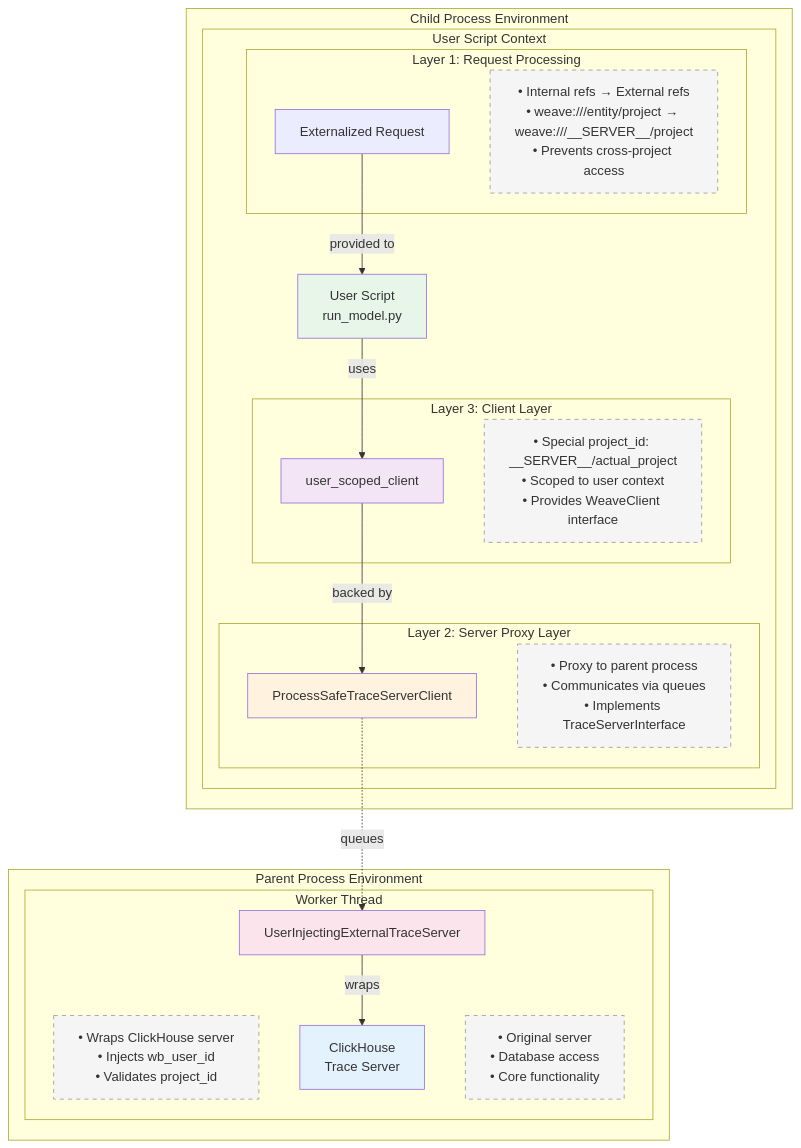
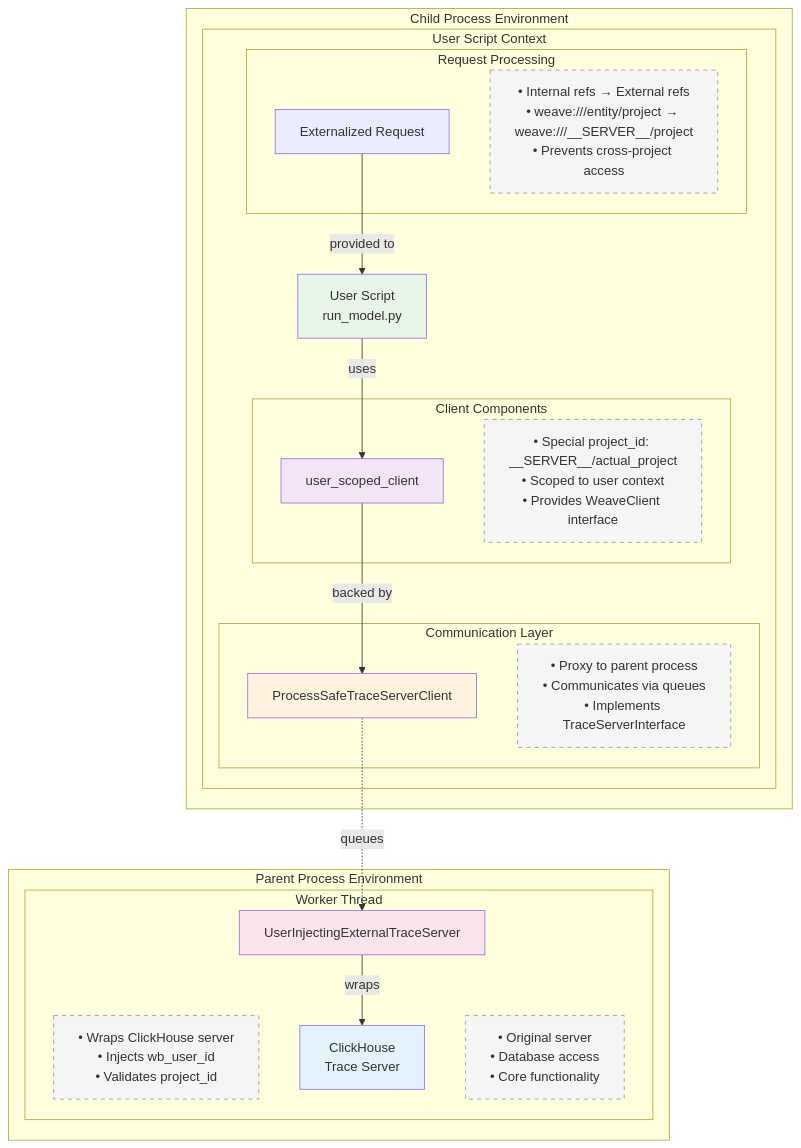
Before and after one commit to wandb/weave: the first of 2 diagrams in weave/trace_server/execution_runner/README.md, drawn with Mermaid. The commit also changed other lines of this file and 4 other files, not shown here.

````diff
--- a/weave/trace_server/execution_runner/README.md
+++ b/weave/trace_server/execution_runner/README.md
@@ -97,52 +122,52 @@
 ```mermaid
 graph TB
     subgraph "Child Process Environment"
         subgraph "User Script Context"
             US[User Script<br/>run_model.py]
             
-            subgraph "Layer 3: Client Layer"
+            subgraph "Client Components"
                 USC[user_scoped_client]
                 USC_DESC["• Special project_id: __SERVER__/actual_project<br/>• Scoped to user context<br/>• Provides WeaveClient interface"]
             end
             
-            subgraph "Layer 2: Server Proxy Layer"
+            subgraph "Communication Layer"
                 CTS[ProcessSafeTraceServerClient]
                 CTS_DESC["• Proxy to parent process<br/>• Communicates via queues<br/>• Implements TraceServerInterface"]
             end
             
-            subgraph "Layer 1: Request Processing"
+            subgraph "Request Processing"
                 REQ[Externalized Request]
                 REQ_DESC["• Internal refs → External refs<br/>• weave:///entity/project → weave:///__SERVER__/project<br/>• Prevents cross-project access"]
             end
         end
     end
     
     subgraph "Parent Process Environment"
         subgraph "Worker Thread"
             ETS[UserInjectingExternalTraceServer]
             ETS_DESC["• Wraps ClickHouse server<br/>• Injects wb_user_id<br/>• Validates project_id"]
             
             CH[ClickHouse<br/>Trace Server]
             CH_DESC["• Original server<br/>• Database access<br/>• Core functionality"]
         end
     end
     
     %% Connections
     US -->|uses| USC
     USC -->|backed by| CTS
     CTS -.->|queues| ETS
     ETS -->|wraps| CH
     
     %% Request flow
     REQ -->|provided to| US
     
     %% Styling
     style US fill:#e8f5e9
     style USC fill:#f3e5f5
     style CTS fill:#fff3e0
     style ETS fill:#fce4ec
     style CH fill:#e3f2fd
     
     classDef descBox fill:#f5f5f5,stroke:#999,stroke-width:1px,stroke-dasharray:5,5
     class USC_DESC,CTS_DESC,REQ_DESC,ETS_DESC,CH_DESC descBox
 ```
````
